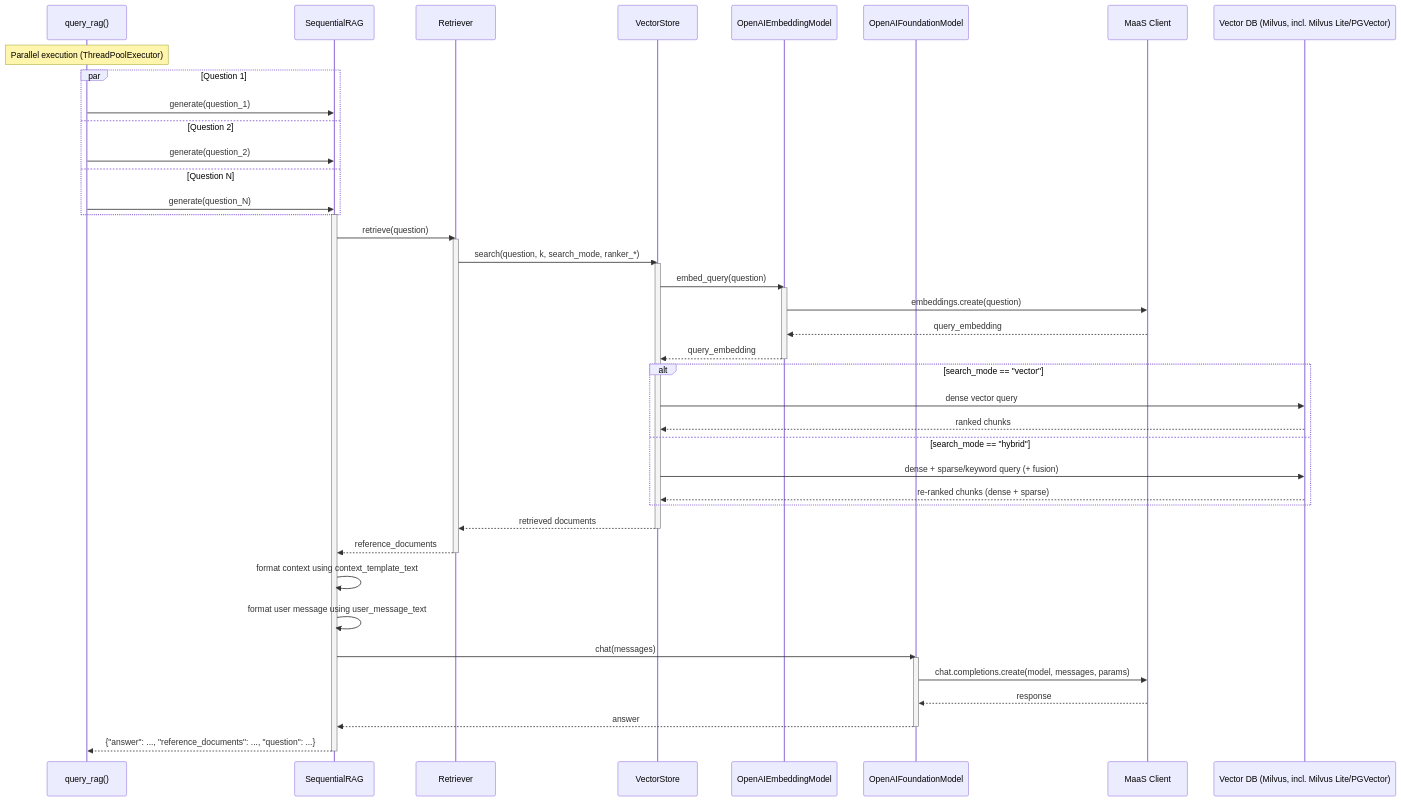
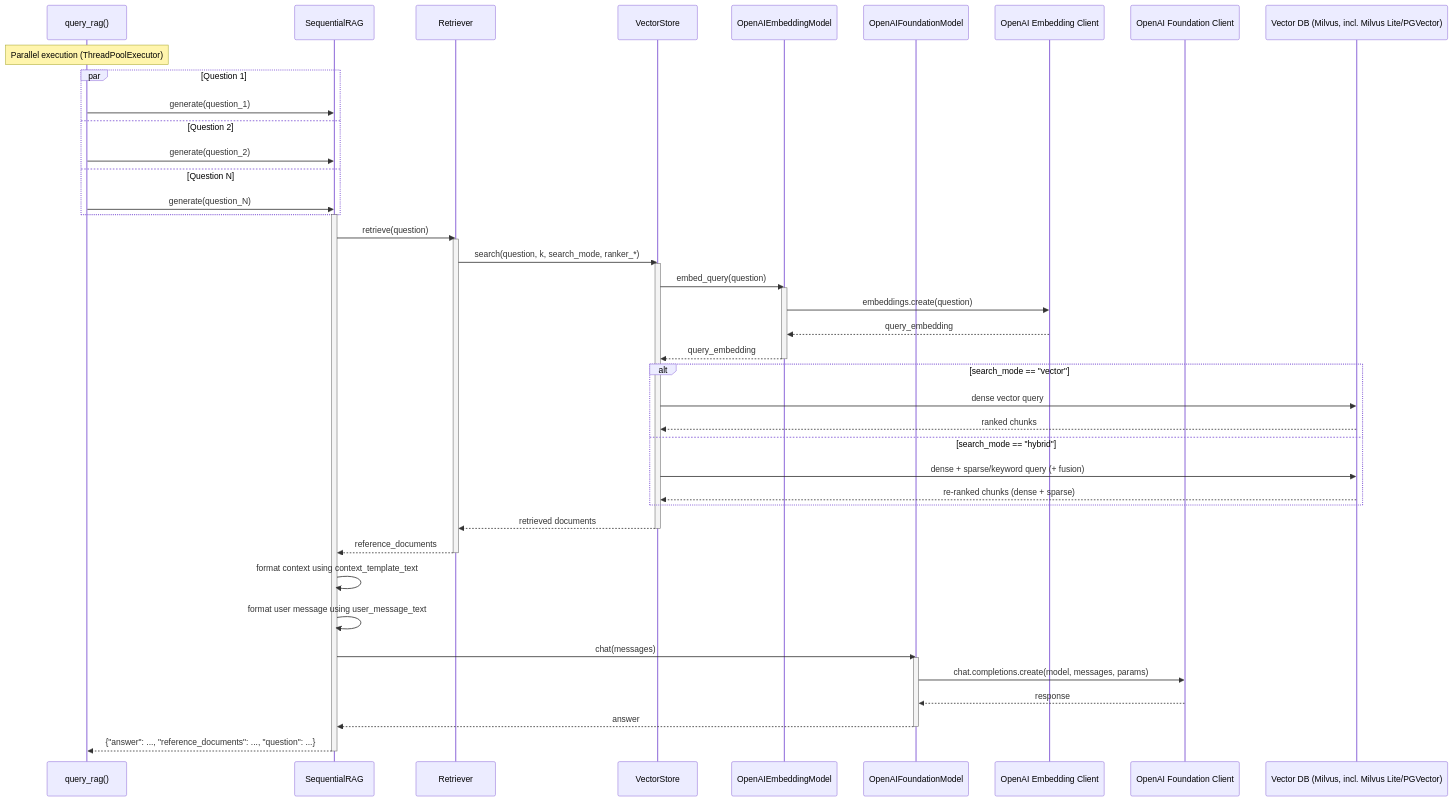
Before and after one commit to IBM/ai4rag: the second of 4 diagrams in docs/architecture/data-flow.md, drawn with Mermaid. The commit also changed other lines of this file and 14 other files, not shown here.

````diff
--- a/docs/architecture/data-flow.md
+++ b/docs/architecture/data-flow.md
@@ -275,57 +269,58 @@
 ```mermaid
 sequenceDiagram
     participant QR as query_rag()
     participant RAG as SequentialRAG
     participant Ret as Retriever
     participant VS as VectorStore
     participant EM as OpenAIEmbeddingModel
     participant FM as OpenAIFoundationModel
-    participant MaaSClient as MaaS Client
+    participant EC as OpenAI Embedding Client
+    participant FC as OpenAI Foundation Client
     participant DB as Vector DB (Milvus, incl. Milvus Lite/PGVector)
 
     Note over QR: Parallel execution (ThreadPoolExecutor)
     par Question 1
         QR->>RAG: generate(question_1)
     and Question 2
         QR->>RAG: generate(question_2)
     and Question N
         QR->>RAG: generate(question_N)
     end
 
     activate RAG
     RAG->>Ret: retrieve(question)
     activate Ret
     Ret->>VS: search(question, k, search_mode, ranker_*)
     activate VS
     VS->>EM: embed_query(question)
     activate EM
-    EM->>MaaSClient: embeddings.create(question)
-    MaaSClient-->>EM: query_embedding
+    EM->>EC: embeddings.create(question)
+    EC-->>EM: query_embedding
     EM-->>VS: query_embedding
     deactivate EM
 
     alt search_mode == "vector"
         VS->>DB: dense vector query
         DB-->>VS: ranked chunks
     else search_mode == "hybrid"
         VS->>DB: dense + sparse/keyword query (+ fusion)
         DB-->>VS: re-ranked chunks (dense + sparse)
     end
 
     VS-->>Ret: retrieved documents
     deactivate VS
     Ret-->>RAG: reference_documents
     deactivate Ret
 
     RAG->>RAG: format context using context_template_text
     RAG->>RAG: format user message using user_message_text
     RAG->>FM: chat(messages)
     activate FM
-    FM->>MaaSClient: chat.completions.create(model, messages, params)
-    MaaSClient-->>FM: response
+    FM->>FC: chat.completions.create(model, messages, params)
+    FC-->>FM: response
     FM-->>RAG: answer
     deactivate FM
 
     RAG-->>QR: {"answer": ..., "reference_documents": ..., "question": ...}
     deactivate RAG
 ```
````
